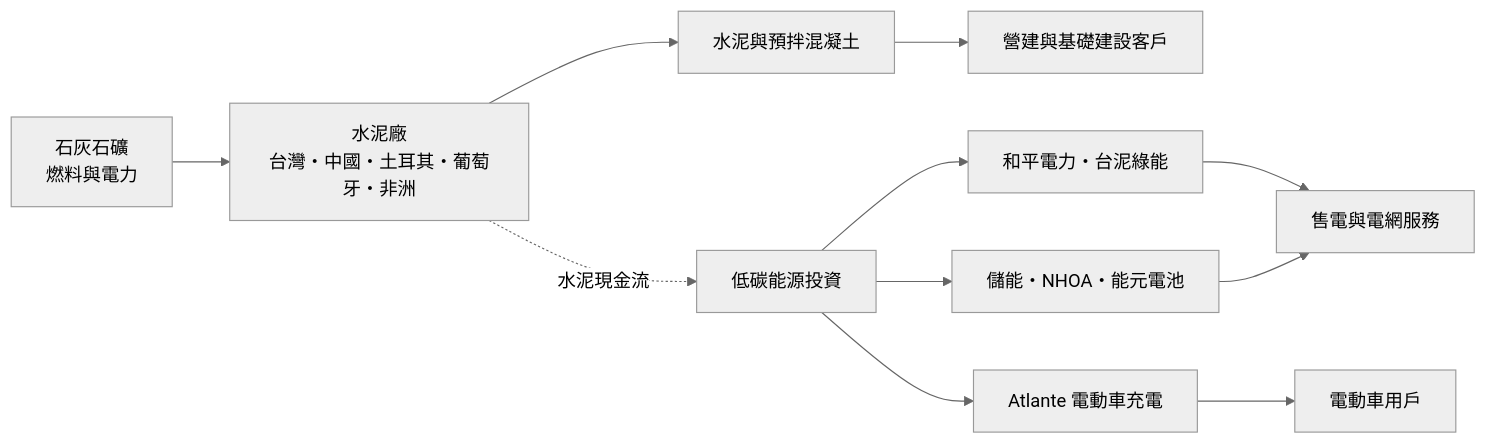
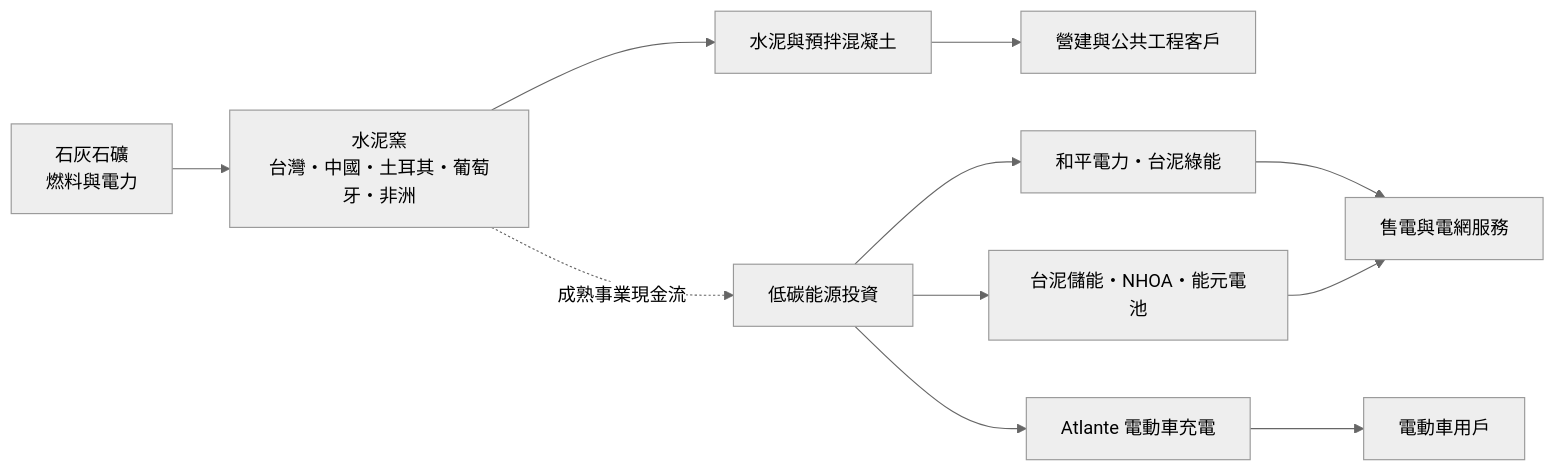
One commit to wangnick1004/taiwan-stock-vault changed the second of 4 diagrams in 個股/台股/1101台泥.md. Above: the diagram before and after it, drawn with Mermaid (neutral theme). The commit also changed other lines of this file and 27 other files, not shown here.

````diff
--- a/個股/台股/1101台泥.md
+++ b/個股/台股/1101台泥.md
@@ -70,13 +71,13 @@
 ```mermaid
 flowchart LR
-    A[石灰石礦<br/>燃料與電力] --> B[水泥廠<br/>台灣・中國・土耳其・葡萄牙・非洲]
+    A[石灰石礦<br/>燃料與電力] --> B[水泥窯<br/>台灣・中國・土耳其・葡萄牙・非洲]
     B --> C[水泥與預拌混凝土]
-    C --> D[營建與基礎建設客戶]
-    B -. 水泥現金流 .-> E[低碳能源投資]
+    C --> D[營建與公共工程客戶]
+    B -. 成熟事業現金流 .-> E[低碳能源投資]
     E --> F[和平電力・台泥綠能]
-    E --> G[儲能・NHOA・能元電池]
+    E --> G[台泥儲能・NHOA・能元電池]
     E --> H[Atlante 電動車充電]
     F --> I[售電與電網服務]
     G --> I
     H --> J[電動車用戶]
 ```
````
